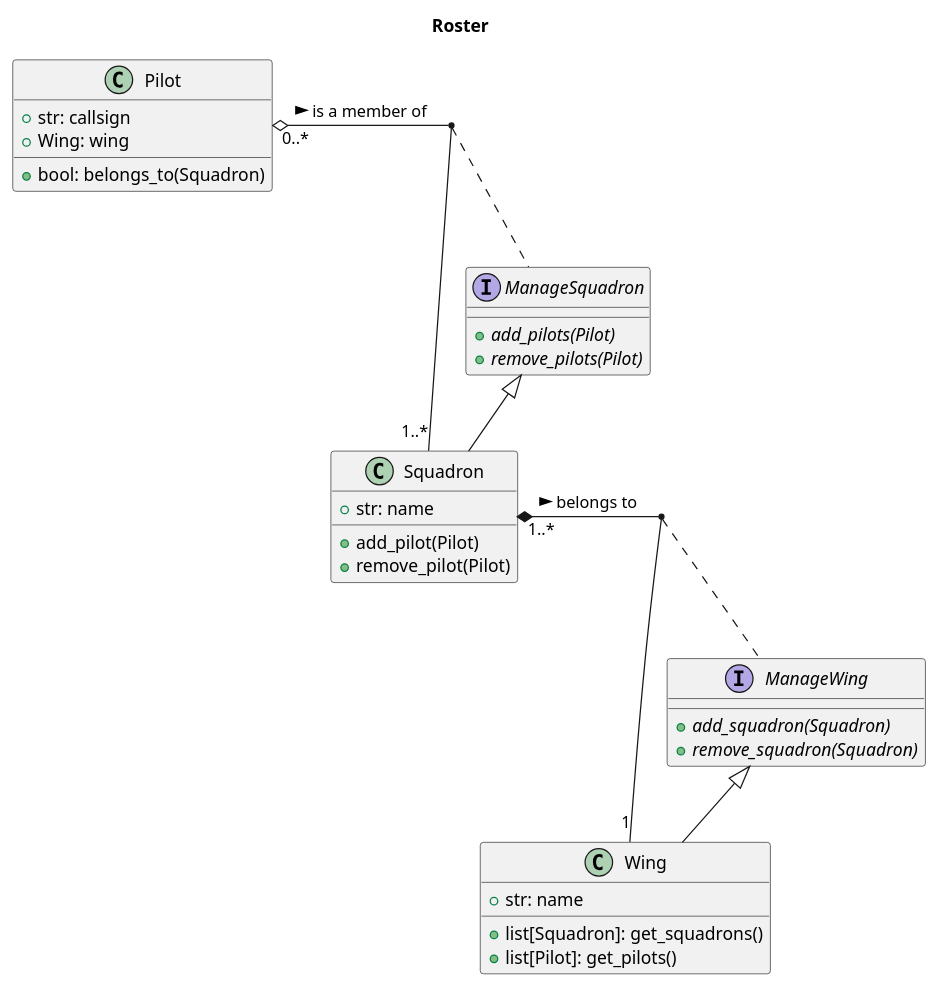
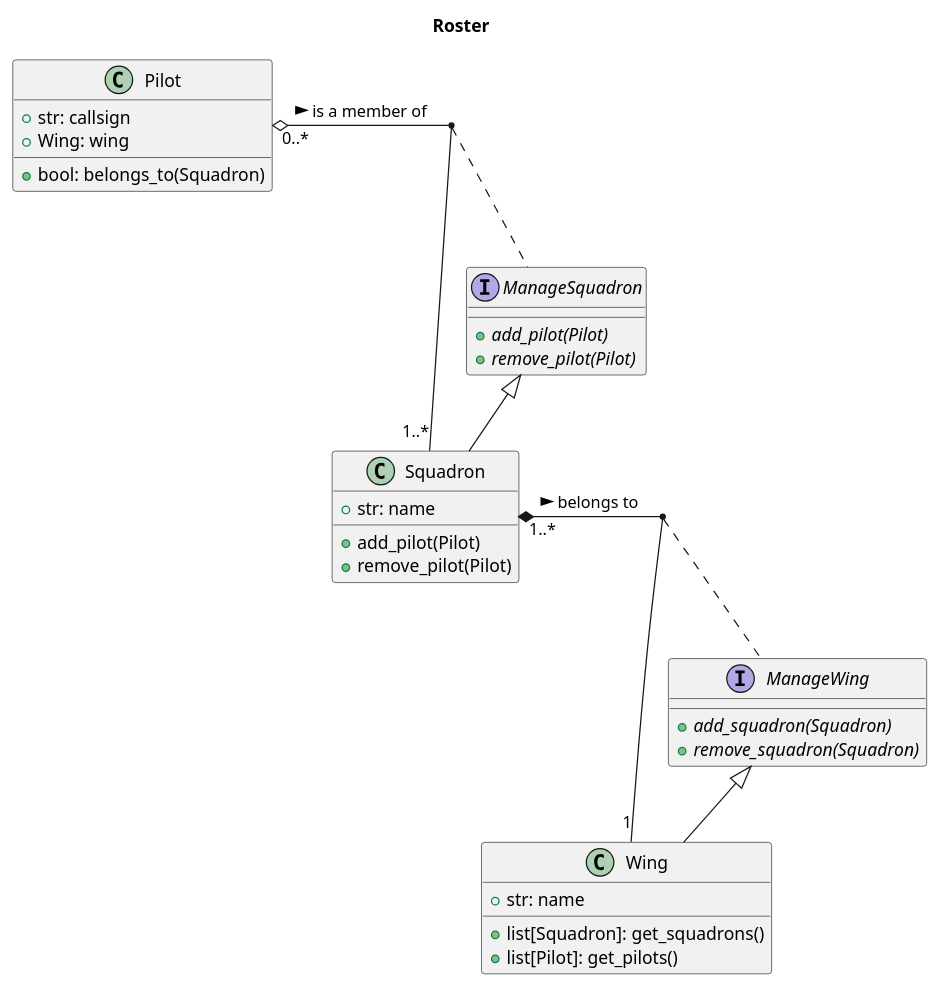
The first of 2 diagrams in classes/pilot.puml (132nd-etcher/plantuml_test), drawn with PlantUML before and after one commit. The commit also changed other lines of this file, not shown here.

```diff
--- a/classes/pilot.puml
+++ b/classes/pilot.puml
@@ -1,40 +1,40 @@
 @startuml
 
 title Roster
 
 class Pilot {
   + str: callsign
   + Wing: wing
   + bool: belongs_to(Squadron)
 }
 class Squadron {
   + str: name
   + add_pilot(Pilot)
   + remove_pilot(Pilot)
   
 }
 class Wing {
   +str: name
   +list[Squadron]: get_squadrons()
   +list[Pilot]: get_pilots()
 }
 
 interface ManageSquadron {
-  + {abstract} add_pilots(Pilot)
-  + {abstract} remove_pilots(Pilot)
+  + {abstract} add_pilot(Pilot)
+  + {abstract} remove_pilot(Pilot)
 }
 
 interface ManageWing {
   + {abstract} add_squadron(Squadron)
   + {abstract} remove_squadron(Squadron)
 }
 
 Squadron "1..*" *-right- "1" Wing: belongs to >
 Pilot "0..*" o-right- "1..*" Squadron: is a member of >
 ManageWing <|-- Wing
 ManageSquadron <|--Squadron
 
 (Pilot, Squadron) .. ManageSquadron
 (Wing, Squadron) .. ManageWing
 
 @enduml
```
